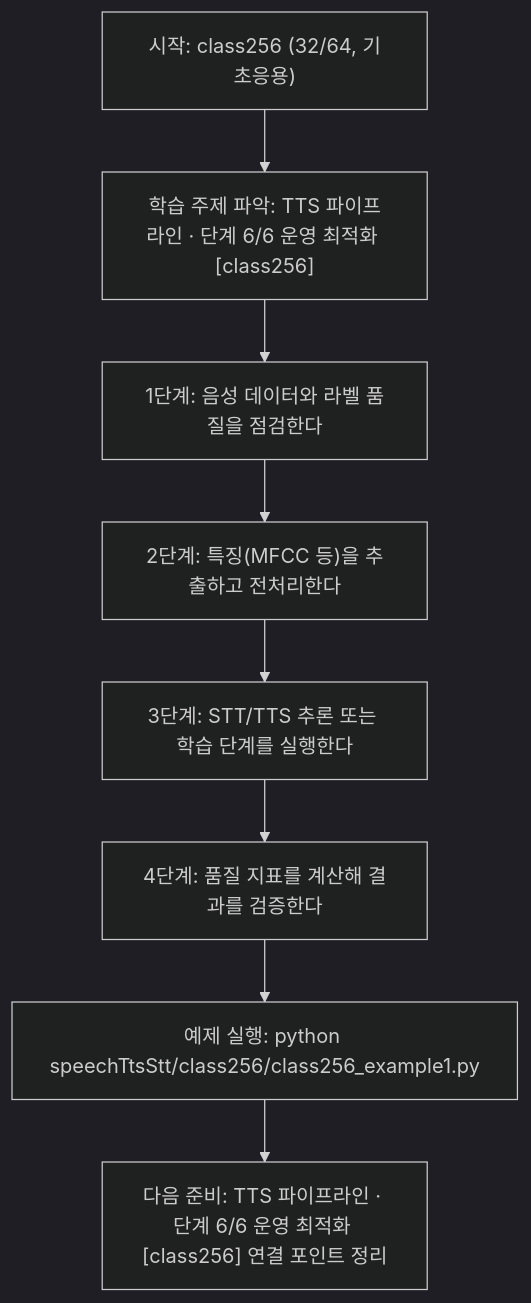
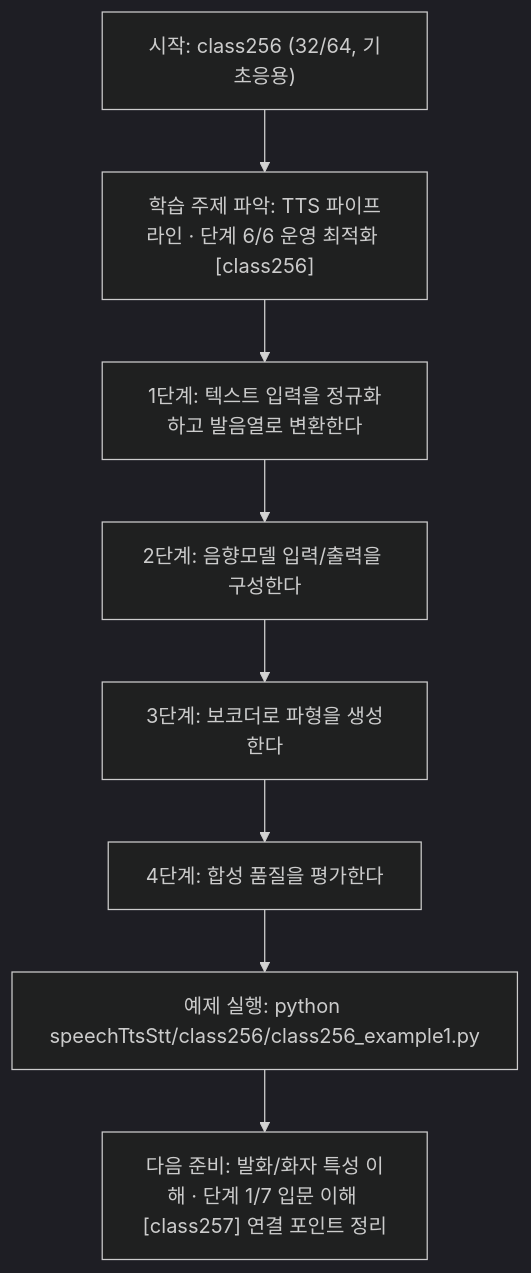
The diagram in speechTtsStt/class256/class256.md (edumgt/Python-AI_Agent-Class), drawn with Mermaid (dark theme) before and after one commit. The commit also changed other lines of this file and 1122 other files, not shown here.

````diff
--- a/speechTtsStt/class256/class256.md
+++ b/speechTtsStt/class256/class256.md
@@ -113,18 +95,18 @@
 ```mermaid
 flowchart TD
 N1["시작: class256 (32/64, 기초응용)"]
 N2["학습 주제 파악: TTS 파이프라인 · 단계 6/6 운영 최적화 [class256]"]
-N3["1단계: 음성 데이터와 라벨 품질을 점검한다"]
-N4["2단계: 특징(MFCC 등)을 추출하고 전처리한다"]
-N5["3단계: STT/TTS 추론 또는 학습 단계를 실행한다"]
-N6["4단계: 품질 지표를 계산해 결과를 검증한다"]
+N3["1단계: 텍스트 입력을 정규화하고 발음열로 변환한다"]
+N4["2단계: 음향모델 입력/출력을 구성한다"]
+N5["3단계: 보코더로 파형을 생성한다"]
+N6["4단계: 합성 품질을 평가한다"]
 N7["예제 실행: python speechTtsStt/class256/class256_example1.py"]
-N8["다음 준비: TTS 파이프라인 · 단계 6/6 운영 최적화 [class256] 연결 포인트 정리"]
+N8["다음 준비: 발화/화자 특성 이해 · 단계 1/7 입문 이해 [class257] 연결 포인트 정리"]
 N1 --> N2
 N2 --> N3
 N3 --> N4
 N4 --> N5
 N5 --> N6
 N6 --> N7
 N7 --> N8
 ```
````
